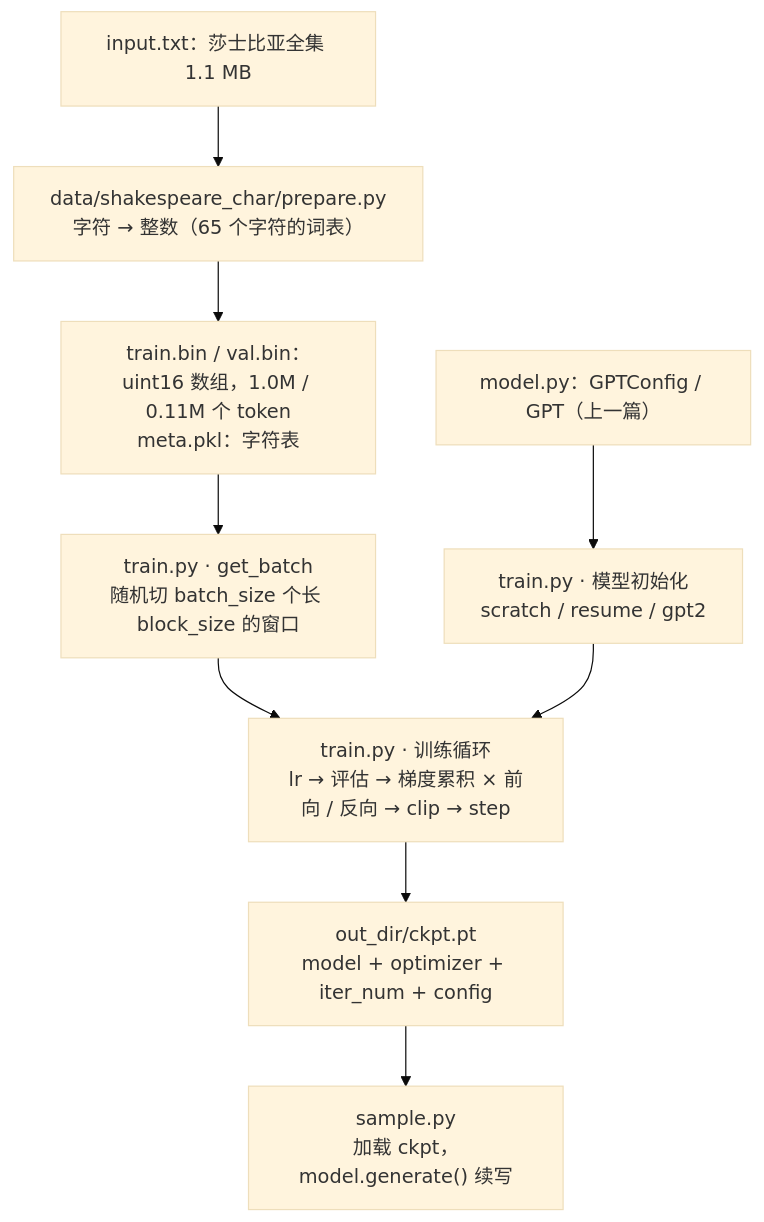
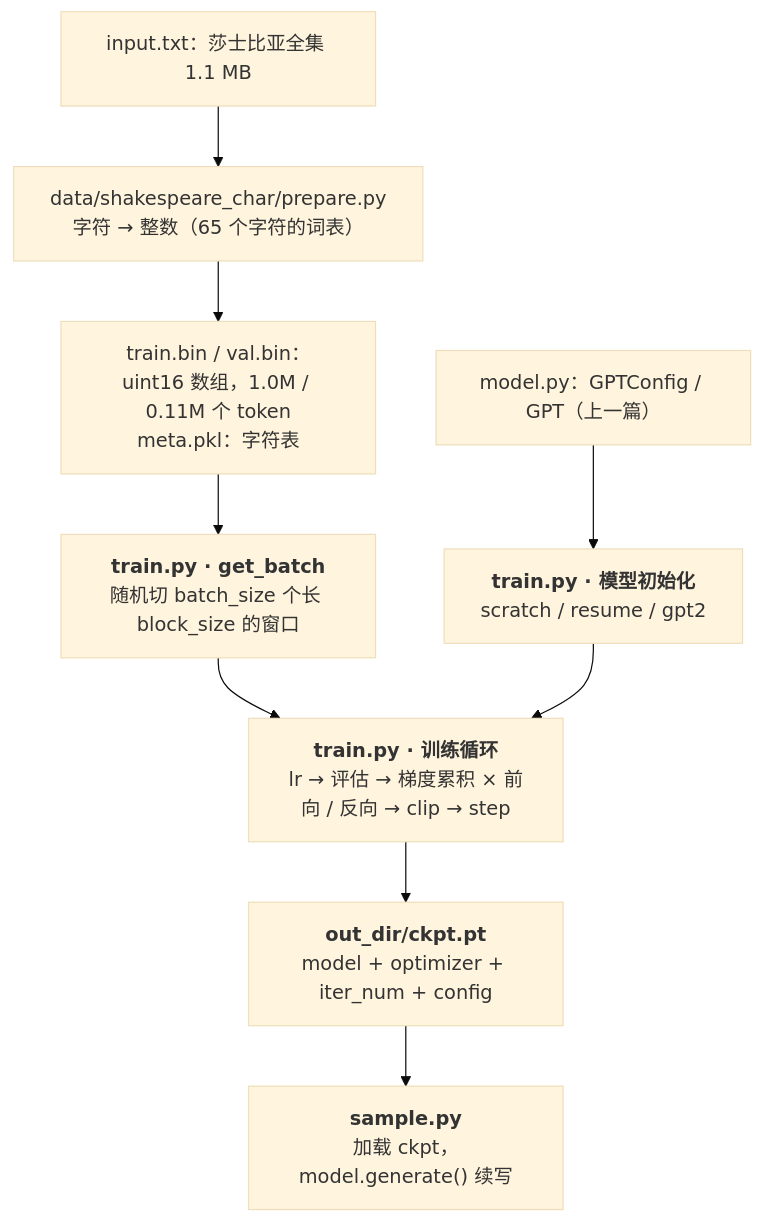
One commit to arganzheng/arganzheng.github.com changed the diagram in _posts/2026-04-01-nanogpt-train-py-and-training-a-model-that-writes.md. Above: the diagram before and after it, drawn with Mermaid (base theme). The commit also changed 2 other files, not shown here.

Commit message:
Transformer 原理与实现：从论文到手搓 GPT-2：Mermaid 多行方框的首行标为标题（3 篇）
只在标签开头加 <b>…</b>，文字不变；长句、断句续行、代码 / 推演步骤、
并列行和判断菱形保持原样。

````diff
--- a/_posts/2026-04-01-nanogpt-train-py-and-training-a-model-that-writes.md
+++ b/_posts/2026-04-01-nanogpt-train-py-and-training-a-model-that-writes.md
@@ -22,12 +22,12 @@
 ```mermaid
 %% 图：nanoGPT 训练的三个文件：prepare.py 把文本编码成 uint16 的 train.bin / val.bin；train.py 用 get_batch 随机切窗口、按 model.py 建模型、跑训练循环并写 ckpt.pt；sample.py 读 ckpt.pt 用 generate 续写
 flowchart TB
     TXT["input.txt：莎士比亚全集 1.1 MB"] --> PREP["data/shakespeare_char/prepare.py<br/>字符 → 整数（65 个字符的词表）"]
     PREP --> BIN["train.bin / val.bin：uint16 数组，1.0M / 0.11M 个 token<br/>meta.pkl：字符表"]
-    BIN --> GB["train.py · get_batch<br/>随机切 batch_size 个长 block_size 的窗口"]
-    MODEL["model.py：GPTConfig / GPT（上一篇）"] --> INIT["train.py · 模型初始化<br/>scratch / resume / gpt2"]
-    GB --> LOOP["train.py · 训练循环<br/>lr → 评估 → 梯度累积 × 前向 / 反向 → clip → step"]
+    BIN --> GB["<b>train.py · get_batch</b><br/>随机切 batch_size 个长 block_size 的窗口"]
+    MODEL["model.py：GPTConfig / GPT（上一篇）"] --> INIT["<b>train.py · 模型初始化</b><br/>scratch / resume / gpt2"]
+    GB --> LOOP["<b>train.py · 训练循环</b><br/>lr → 评估 → 梯度累积 × 前向 / 反向 → clip → step"]
     INIT --> LOOP
-    LOOP --> CKPT["out_dir/ckpt.pt<br/>model + optimizer + iter_num + config"]
-    CKPT --> SAMPLE["sample.py<br/>加载 ckpt，model.generate() 续写"]
+    LOOP --> CKPT["<b>out_dir/ckpt.pt</b><br/>model + optimizer + iter_num + config"]
+    CKPT --> SAMPLE["<b>sample.py</b><br/>加载 ckpt，model.generate() 续写"]
 ```
````
